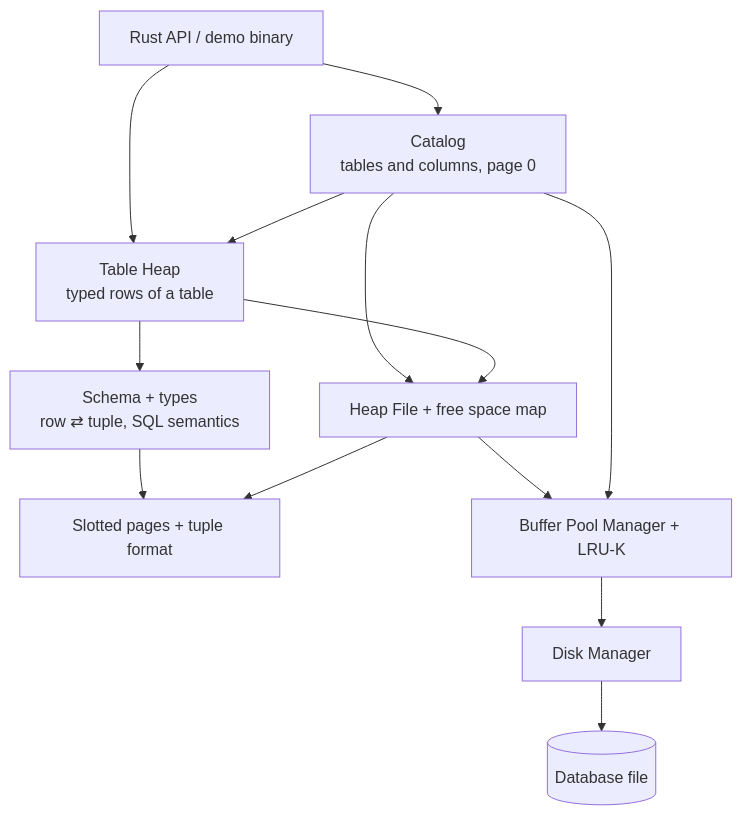
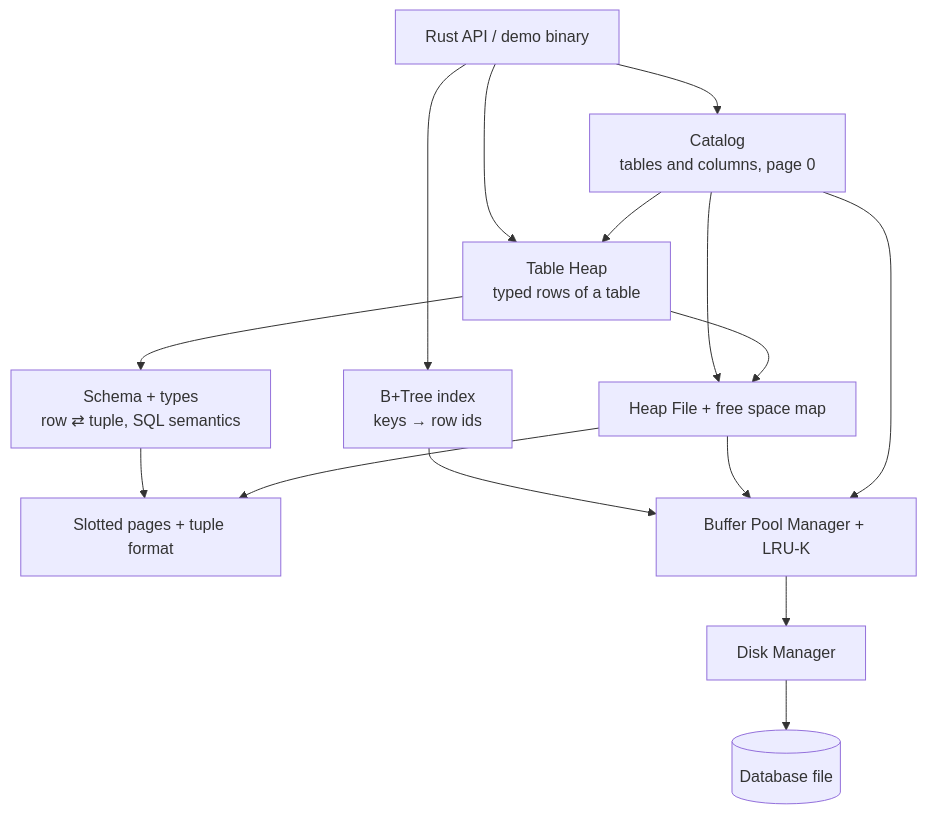
One commit to RodrigoGrz/ferro-db changed the diagram in README.md. Above: the diagram before and after it, drawn with Mermaid. The commit also changed other lines of this file and 22 other files, not shown here.

````diff
--- a/README.md
+++ b/README.md
@@ -44,25 +46,28 @@
 ```mermaid
 flowchart TD
     app["Rust API / demo binary"]
     catalog["Catalog<br/>tables and columns, page 0"]
     tableheap["Table Heap<br/>typed rows of a table"]
+    btree["B+Tree index<br/>keys → row ids"]
     schema["Schema + types<br/>row ⇄ tuple, SQL semantics"]
     heap["Heap File + free space map"]
     page["Slotted pages + tuple format"]
     bpm["Buffer Pool Manager + LRU-K"]
     disk["Disk Manager"]
     file[("Database file")]
 
     app --> catalog
     app --> tableheap
+    app --> btree
+    btree --> bpm
     catalog --> tableheap
     catalog --> heap
     tableheap --> schema
     tableheap --> heap
     schema --> page
     heap --> page
     heap --> bpm
     catalog --> bpm
     bpm --> disk
     disk --> file
 ```
````
